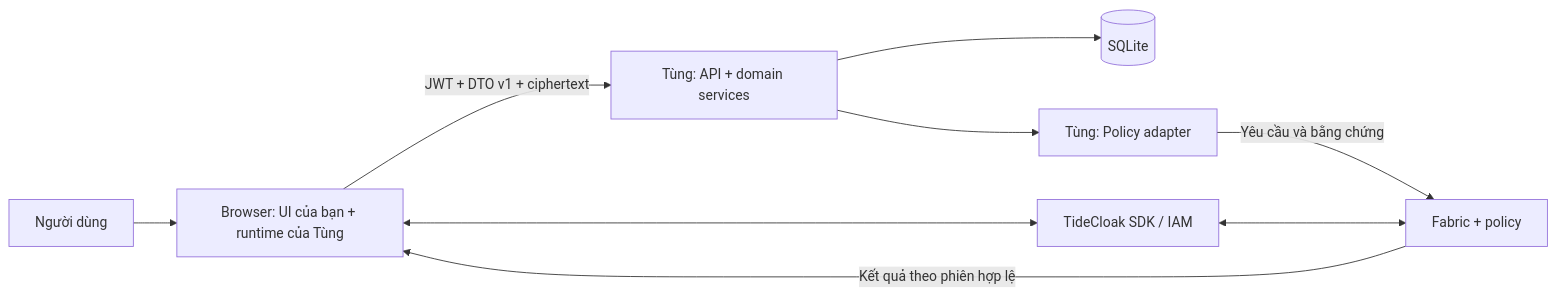
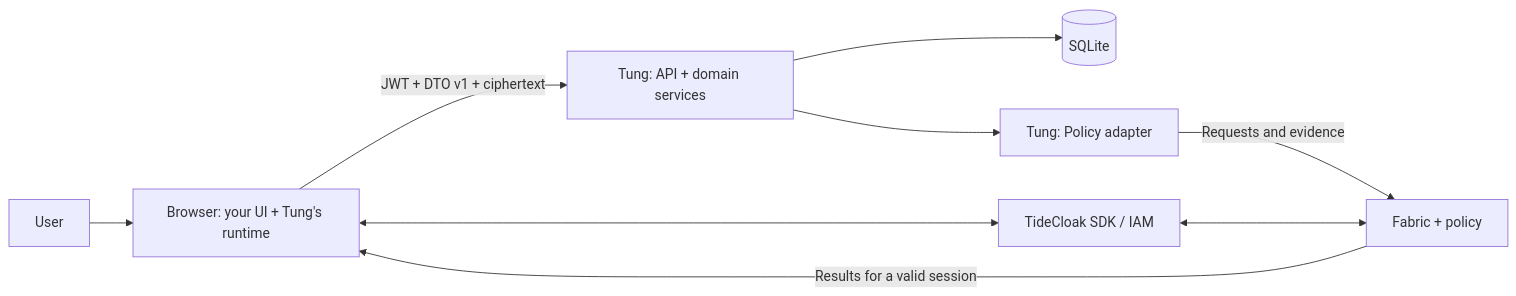
The diagram in voicevault_technical_architecture.md (Neil-275/rmit_hackathon), drawn with Mermaid before and after one commit. The commit also changed other lines of this file and 21 other files, not shown here.

```diff
--- a/voicevault_technical_architecture.md
+++ b/voicevault_technical_architecture.md
@@ -67,11 +67,11 @@
 ~~~mermaid
 flowchart LR
-    U[Người dùng] --> C[Browser: UI của bạn + runtime của Tùng]
-    C -->|JWT + DTO v1 + ciphertext| S[Tùng: API + domain services]
+    U[User] --> C[Browser: your UI + Tung's runtime]
+    C -->|JWT + DTO v1 + ciphertext| S[Tung: API + domain services]
     S --> D[(SQLite)]
     C <--> T[TideCloak SDK / IAM]
     T <--> F[Fabric + policy]
-    S --> P[Tùng: Policy adapter]
-    P -->|Yêu cầu và bằng chứng| F
-    F -->|Kết quả theo phiên hợp lệ| C
+    S --> P[Tung: Policy adapter]
+    P -->|Requests and evidence| F
+    F -->|Results for a valid session| C
 ~~~
```
